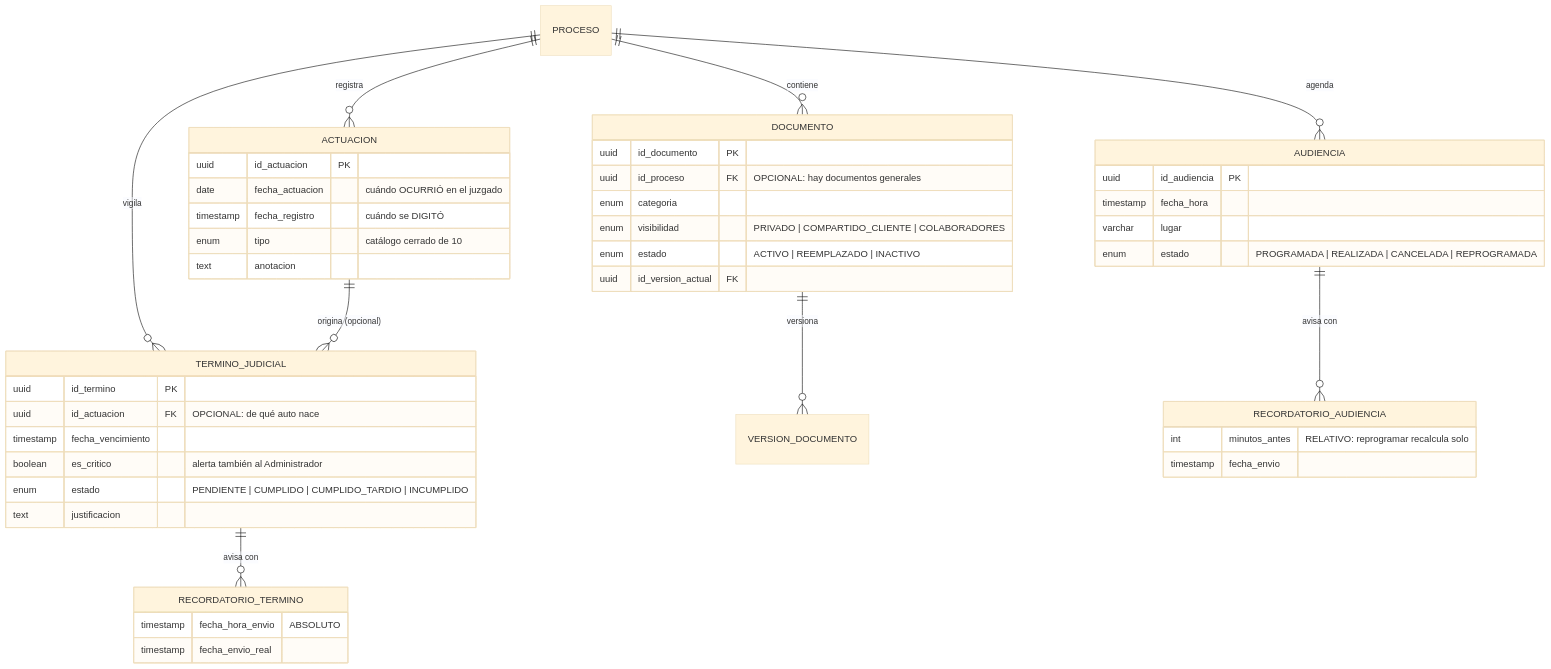
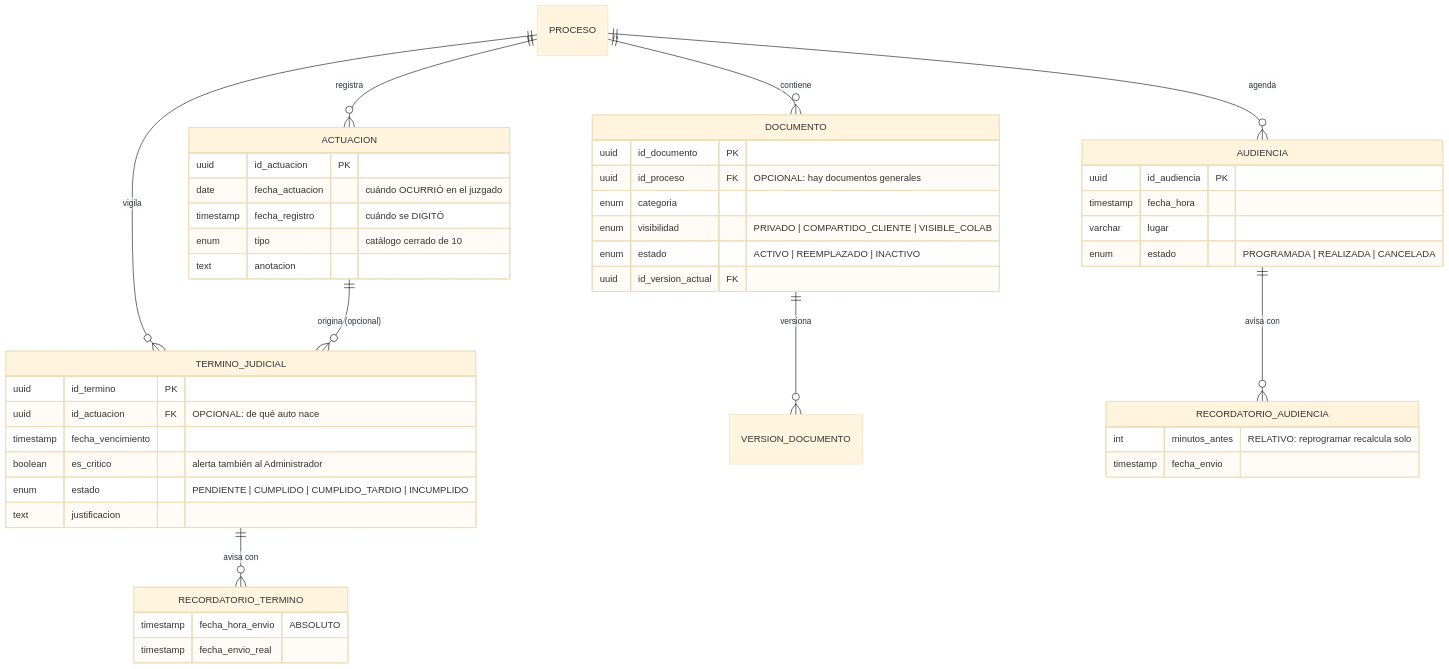
Before and after one commit to Aryannext/sistema-juridico: the second of 5 diagrams in documentacion-a-presentar/diagramas/06-entidad-relacion.md, drawn with Mermaid (base theme). The commit also changed other lines of this file and 8 other files, not shown here.

First line of the commit message:
docs: los diagramas dicen lo que el código hace, comprobado uno por uno

````diff
--- a/documentacion-a-presentar/diagramas/06-entidad-relacion.md
+++ b/documentacion-a-presentar/diagramas/06-entidad-relacion.md
@@ -66,56 +66,56 @@
 ```mermaid
 erDiagram
     PROCESO ||--o{ ACTUACION : "registra"
     PROCESO ||--o{ DOCUMENTO : "contiene"
     PROCESO ||--o{ AUDIENCIA : "agenda"
     PROCESO ||--o{ TERMINO_JUDICIAL : "vigila"
 
     ACTUACION ||--o{ TERMINO_JUDICIAL : "origina (opcional)"
 
     DOCUMENTO ||--o{ VERSION_DOCUMENTO : "versiona"
     AUDIENCIA ||--o{ RECORDATORIO_AUDIENCIA : "avisa con"
     TERMINO_JUDICIAL ||--o{ RECORDATORIO_TERMINO : "avisa con"
 
     ACTUACION {
         uuid id_actuacion PK
         date fecha_actuacion "cuándo OCURRIÓ en el juzgado"
         timestamp fecha_registro "cuándo se DIGITÓ"
         enum tipo "catálogo cerrado de 10"
         text anotacion
     }
 
     TERMINO_JUDICIAL {
         uuid id_termino PK
         uuid id_actuacion FK "OPCIONAL: de qué auto nace"
         timestamp fecha_vencimiento
         boolean es_critico "alerta también al Administrador"
         enum estado "PENDIENTE | CUMPLIDO | CUMPLIDO_TARDIO | INCUMPLIDO"
         text justificacion
     }
 
     DOCUMENTO {
         uuid id_documento PK
         uuid id_proceso FK "OPCIONAL: hay documentos generales"
         enum categoria
-        enum visibilidad "PRIVADO | COMPARTIDO_CLIENTE | COLABORADORES"
+        enum visibilidad "PRIVADO | COMPARTIDO_CLIENTE | VISIBLE_COLAB"
         enum estado "ACTIVO | REEMPLAZADO | INACTIVO"
         uuid id_version_actual FK
     }
 
     AUDIENCIA {
         uuid id_audiencia PK
         timestamp fecha_hora
         varchar lugar
-        enum estado "PROGRAMADA | REALIZADA | CANCELADA | REPROGRAMADA"
+        enum estado "PROGRAMADA | REALIZADA | CANCELADA"
     }
 
     RECORDATORIO_AUDIENCIA {
         int minutos_antes "RELATIVO: reprogramar recalcula solo"
         timestamp fecha_envio
     }
 
     RECORDATORIO_TERMINO {
         timestamp fecha_hora_envio "ABSOLUTO"
         timestamp fecha_envio_real
     }
 ```
````
